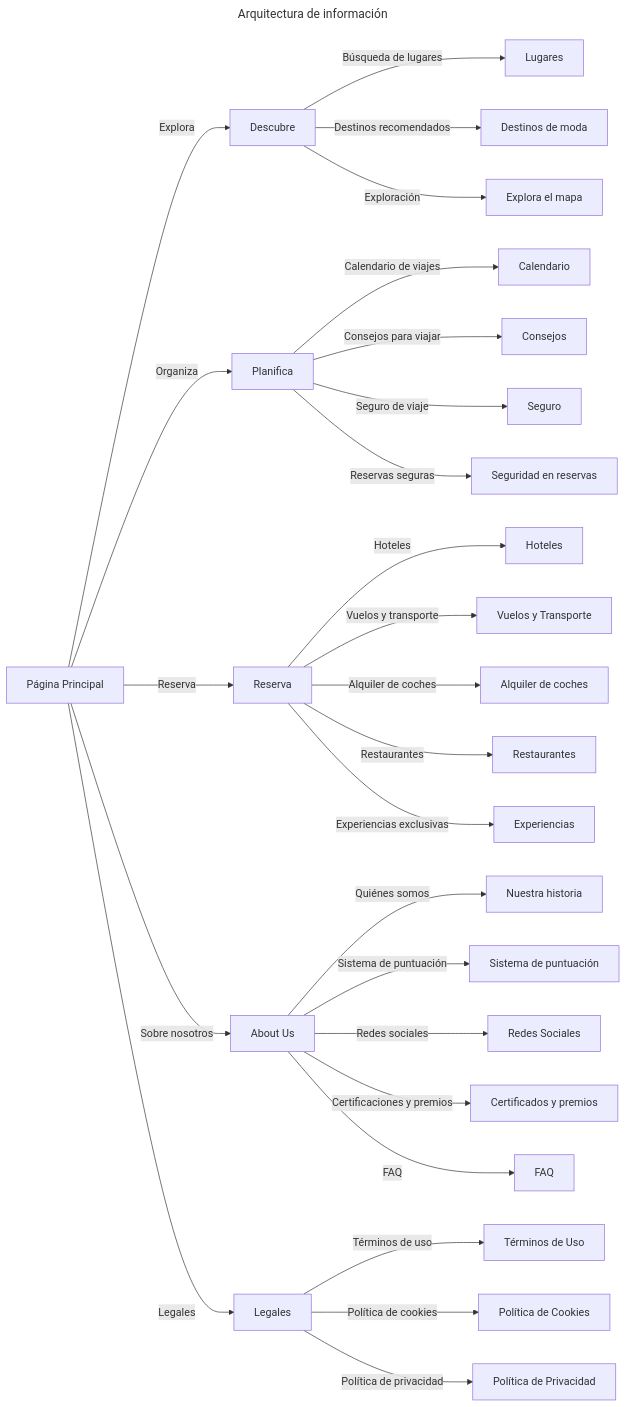
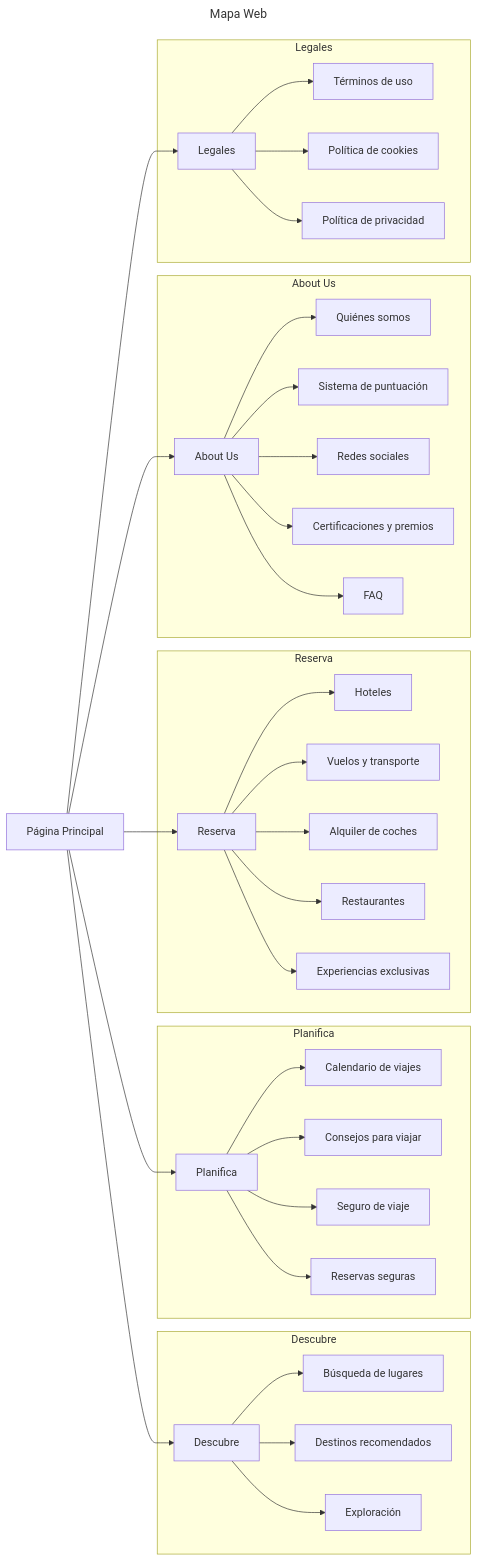
Before and after one commit to PedroVidalVillalba/DAW_P1: the first of 2 diagrams in documentation/Overview.md, drawn with Mermaid. The commit also changed other lines of this file and 9 other files, not shown here.

Commit message:
Añadidos mockups y corregido mapa web

````diff
--- a/documentation/Overview.md
+++ b/documentation/Overview.md
@@ -76,48 +79,92 @@
 ```mermaid
 ---
-title: Arquitectura de información
+title: Mapa Web
 ---
 graph LR
-    main["Página Principal"] 
-    descubre["Descubre"] 
-    planifica["Planifica"] 
-    reserva["Reserva"] 
-    about-us["About Us"] 
-    legales["Legales"] 
+    %% Página Principal
+    main["Página Principal"]
 
-    main -->|Explora| descubre
-    main -->|Organiza| planifica
-    main -->|Reserva| reserva
-    main -->|Sobre nosotros| about-us
-    main -->|Legales| legales
+    %% Subgráfico para "Descubre"
+    subgraph Descubre
+        descubre["Descubre"]
+        descubre-lugares["Búsqueda de lugares"]
+        descubre-destinos["Destinos recomendados"]
+        descubre-exploracion["Exploración"]
+    end
 
-    %% Secciones de Descubre
-    descubre -->|Búsqueda de lugares| descubre-lugares["Lugares"]
-    descubre -->|Destinos recomendados| descubre-destinos["Destinos de moda"]
-    descubre -->|Exploración| descubre-exploracion["Explora el mapa"]
+    %% Subgráfico para "Planifica"
+    subgraph Planifica
+        planifica["Planifica"]
+        planifica-calendario["Calendario de viajes"]
+        planifica-consejos["Consejos para viajar"]
+        planifica-seguro["Seguro de viaje"]
+        planifica-reservas["Reservas seguras"]
+    end
 
-    %% Secciones de Planifica
-    planifica -->|Calendario de viajes| planifica-calendario["Calendario"]
-    planifica -->|Consejos para viajar| planifica-consejos["Consejos"]
-    planifica -->|Seguro de viaje| planifica-seguro["Seguro"]
-    planifica -->|Reservas seguras| planifica-reservas["Seguridad en reservas"]
+    %% Subgráfico para "Reserva"
+    subgraph Reserva
+        reserva["Reserva"]
+        reserva-hoteles["Hoteles"]
+        reserva-vuelos["Vuelos y transporte"]
+        reserva-coches["Alquiler de coches"]
+        reserva-restaurantes["Restaurantes"]
+        reserva-experiencias["Experiencias exclusivas"]
+    end
 
-    %% Secciones de Reserva
-    reserva -->|Hoteles| reserva-hoteles["Hoteles"]
-    reserva -->|Vuelos y transporte| reserva-vuelos["Vuelos y Transporte"]
-    reserva -->|Alquiler de coches| reserva-coches["Alquiler de coches"]
-    reserva -->|Restaurantes| reserva-restaurantes["Restaurantes"]
-    reserva -->|Experiencias exclusivas| reserva-experiencias["Experiencias"]
+    %% Subgráfico para "About Us"
+    subgraph AboutUs[About Us]
+        about-us["About Us"]
+        about-quienes["Quiénes somos"]
+        about-puntuacion["Sistema de puntuación"]
+        about-redes["Redes sociales"]
+        about-premios["Certificaciones y premios"]
+        about-faq["FAQ"]
+    end
 
-    %% Secciones de About Us
-    about-us -->|Quiénes somos| about-quienes["Nuestra historia"]
-    about-us -->|Sistema de puntuación| about-puntuacion["Sistema de puntuación"]
-    about-us -->|Redes sociales| about-redes["Redes Sociales"]
-    about-us -->|Certificaciones y premios| about-premios["Certificados y premios"]
-    about-us -->|FAQ| about-faq["FAQ"]
+    %% Subgráfico para "Legales"
+    subgraph Legales
+        legales["Legales"]
+        legales-terminos["Términos de uso"]
+        legales-cookies["Política de cookies"]
+        legales-privacidad["Política de privacidad"]
+    end
 
-    %% Secciones de Legales
-    legales -->|Términos de uso| legales-terminos["Términos de Uso"]
-    legales -->|Política de cookies| legales-cookies["Política de Cookies"]
-    legales -->|Política de privacidad| legales-privacidad["Política de Privacidad"]
+    %% Conexiones desde la página principal hacia cada sección
+    main --> descubre
+    main --> planifica
+    main --> reserva
+    main --> about-us
+    main --> legales
+
+    %% Conexiones internas de cada sección
+    %% Descubre
+    descubre --> descubre-lugares
+    descubre --> descubre-destinos
+    descubre --> descubre-exploracion
+
+    %% Planifica
+    planifica --> planifica-calendario
+    planifica --> planifica-consejos
+    planifica --> planifica-seguro
+    planifica --> planifica-reservas
+
+    %% Reserva
+    reserva --> reserva-hoteles
+    reserva --> reserva-vuelos
+    reserva --> reserva-coches
+    reserva --> reserva-restaurantes
+    reserva --> reserva-experiencias
+
+    %% About Us
+    about-us --> about-quienes
+    about-us --> about-puntuacion
+    about-us --> about-redes
+    about-us --> about-premios
+    about-us --> about-faq
+
+    %% Legales
+    legales --> legales-terminos
+    legales --> legales-cookies
+    legales --> legales-privacidad
+
 ```
````
